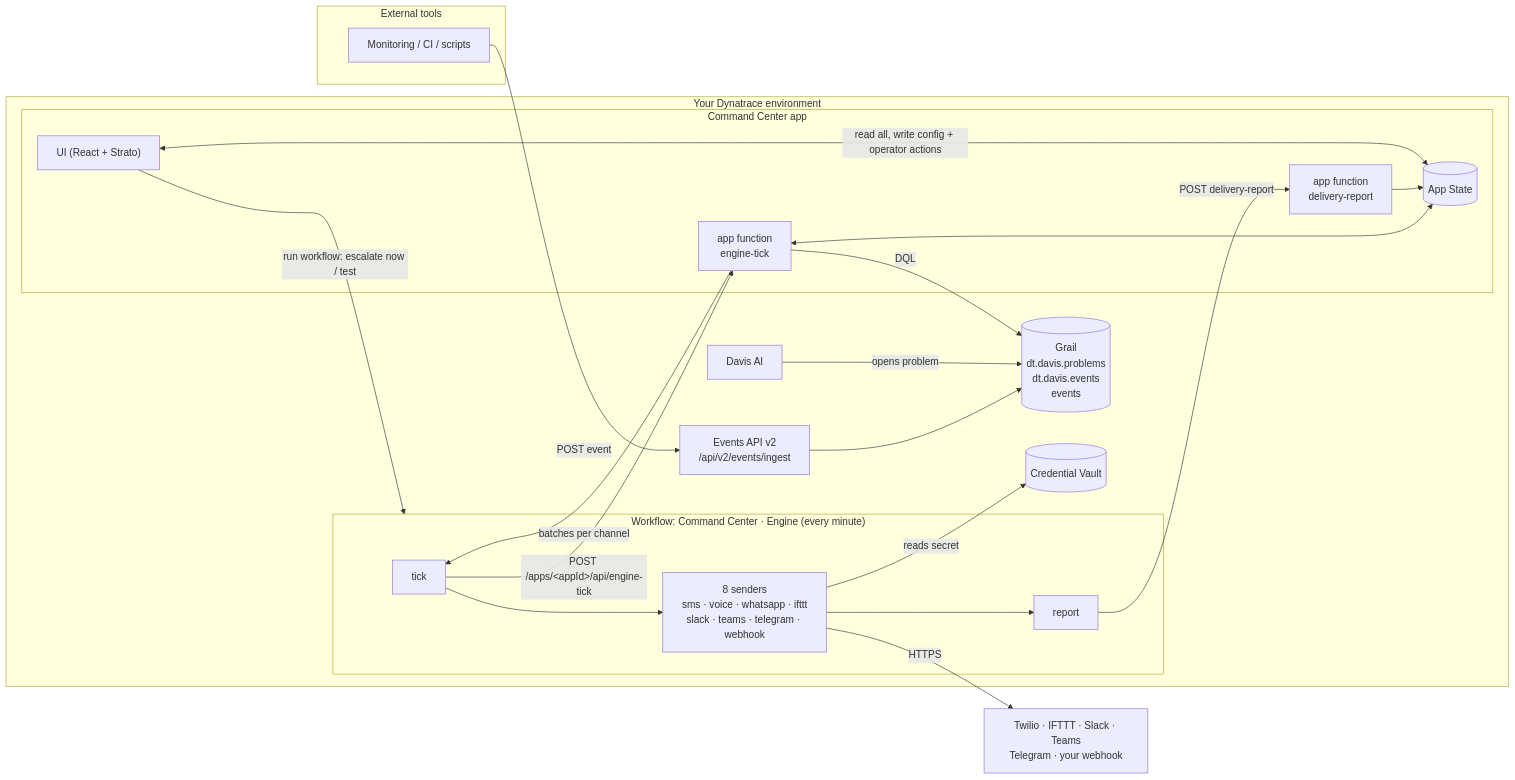
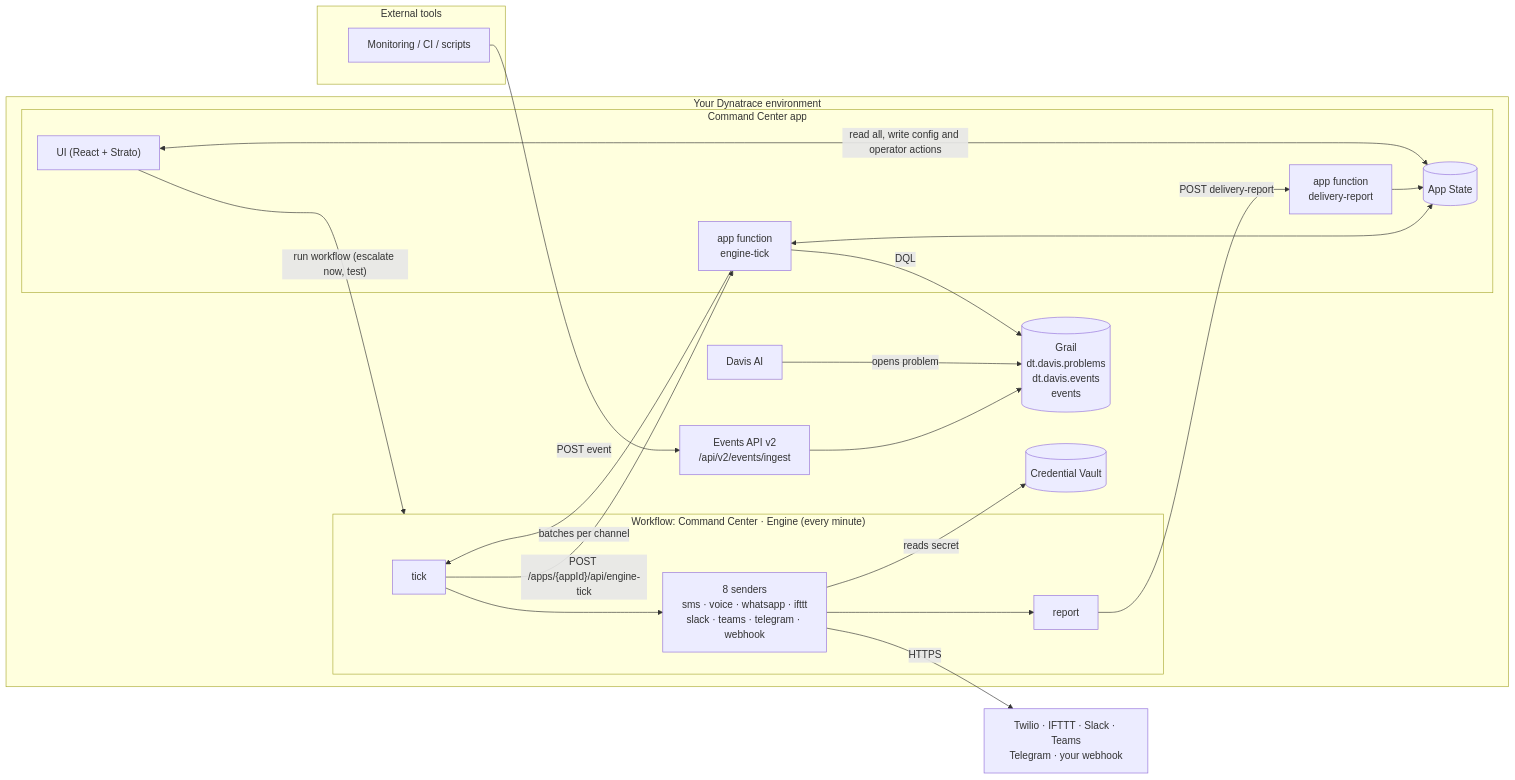
Before and after one commit to adrianorafael/Command-Center-for-Dynatrace: the diagram in README.md, drawn with Mermaid. The commit also changed other lines of this file and 7 other files, not shown here.

````diff
--- a/README.md
+++ b/README.md
@@ -150,38 +150,38 @@
 ```mermaid
 flowchart LR
   subgraph External["External tools"]
-    T[Monitoring / CI / scripts]
+    T["Monitoring / CI / scripts"]
   end
   subgraph DT["Your Dynatrace environment"]
     API["Events API v2<br/>/api/v2/events/ingest"]
     DAVIS[Davis AI]
     G[("Grail<br/>dt.davis.problems<br/>dt.davis.events<br/>events")]
     subgraph APP["Command Center app"]
       UI["UI (React + Strato)"]
       FT["app function<br/>engine-tick"]
       FR["app function<br/>delivery-report"]
       S[("App State")]
     end
     subgraph WF["Workflow: Command Center · Engine (every minute)"]
       TICK[tick]
       SEND["8 senders<br/>sms · voice · whatsapp · ifttt<br/>slack · teams · telegram · webhook"]
       REP[report]
     end
     CV[("Credential Vault")]
   end
   P["Twilio · IFTTT · Slack · Teams<br/>Telegram · your webhook"]
 
-  T -->|POST event| API --> G
+  T -->|"POST event"| API --> G
   DAVIS -->|opens problem| G
-  TICK -->|POST /apps/&lt;appId&gt;/api/engine-tick| FT
+  TICK -->|"POST /apps/{appId}/api/engine-tick"| FT
   FT -->|DQL| G
   FT <--> S
   FT -->|batches per channel| TICK
   TICK --> SEND
   SEND -->|reads secret| CV
   SEND -->|HTTPS| P
   SEND --> REP
-  REP -->|POST delivery-report| FR --> S
-  UI <-->|read all, write config + operator actions| S
-  UI -->|run workflow: escalate now / test| WF
+  REP -->|"POST delivery-report"| FR --> S
+  UI <-->|"read all, write config and operator actions"| S
+  UI -->|"run workflow (escalate now, test)"| WF
 ```
````
